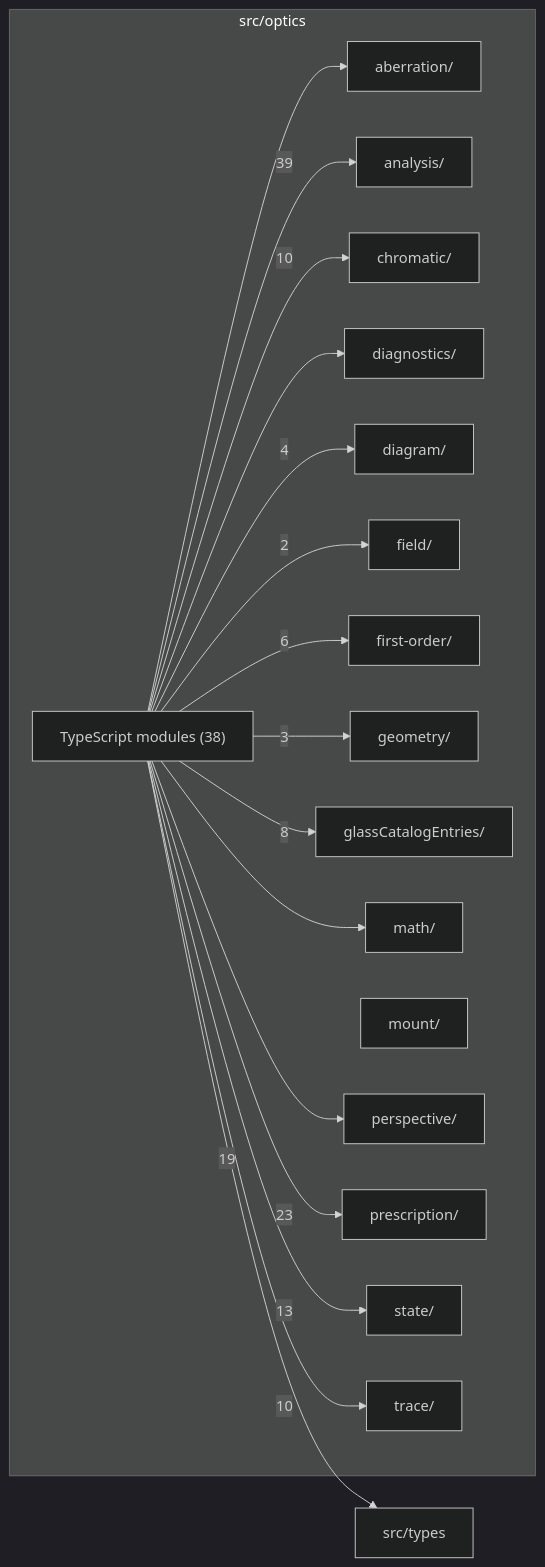
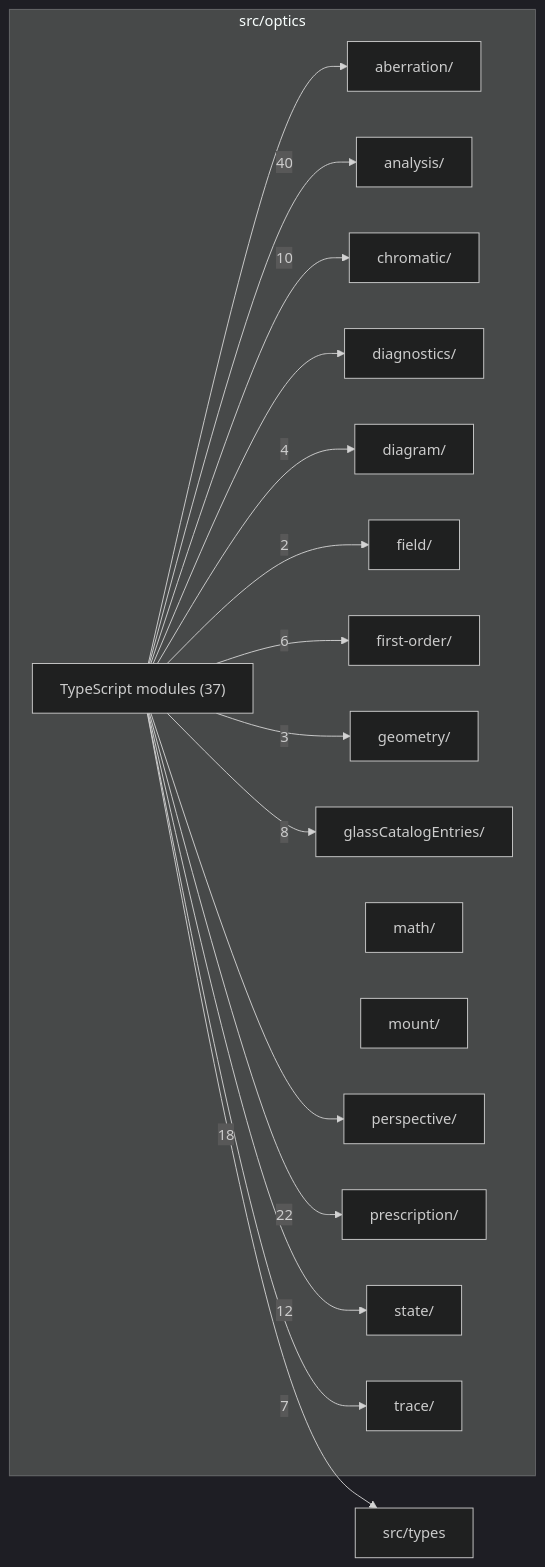
The diagram in src/optics/readme.md (ronbuening/LensVisualizer), drawn with Mermaid (dark theme) before and after one commit. The commit also changed other lines of this file and 32 other files, not shown here.

````diff
--- a/src/optics/readme.md
+++ b/src/optics/readme.md
@@ -9,37 +9,36 @@
 ```mermaid
 flowchart LR
   subgraph n_src_optics["src/optics"]
     n_src_optics_src_optics_aberration["aberration/"]
     n_src_optics_src_optics_analysis["analysis/"]
     n_src_optics_src_optics_chromatic["chromatic/"]
     n_src_optics_src_optics_diagnostics["diagnostics/"]
     n_src_optics_src_optics_diagram["diagram/"]
     n_src_optics_src_optics_field["field/"]
     n_src_optics_src_optics_first_order["first-order/"]
     n_src_optics_src_optics_geometry["geometry/"]
     n_src_optics_src_optics_glassCatalogEntries["glassCatalogEntries/"]
     n_src_optics_src_optics_math["math/"]
     n_src_optics_src_optics_mount["mount/"]
     n_src_optics_src_optics_perspective["perspective/"]
     n_src_optics_src_optics_prescription["prescription/"]
     n_src_optics_src_optics_state["state/"]
     n_src_optics_src_optics_trace["trace/"]
-    n_src_optics_TypeScript_modules["TypeScript modules (38)"]
+    n_src_optics_TypeScript_modules["TypeScript modules (37)"]
   end
   n_external_src_types["src/types"]
-  n_src_optics_TypeScript_modules --> |39| n_src_optics_src_optics_analysis
-  n_src_optics_TypeScript_modules --> |23| n_src_optics_src_optics_prescription
-  n_src_optics_TypeScript_modules --> |19| n_external_src_types
-  n_src_optics_TypeScript_modules --> |13| n_src_optics_src_optics_state
+  n_src_optics_TypeScript_modules --> |40| n_src_optics_src_optics_analysis
+  n_src_optics_TypeScript_modules --> |22| n_src_optics_src_optics_prescription
+  n_src_optics_TypeScript_modules --> |18| n_external_src_types
+  n_src_optics_TypeScript_modules --> |12| n_src_optics_src_optics_state
   n_src_optics_TypeScript_modules --> |10| n_src_optics_src_optics_chromatic
-  n_src_optics_TypeScript_modules --> |10| n_src_optics_src_optics_trace
   n_src_optics_TypeScript_modules --> |8| n_src_optics_src_optics_glassCatalogEntries
+  n_src_optics_TypeScript_modules --> |7| n_src_optics_src_optics_trace
   n_src_optics_TypeScript_modules --> |6| n_src_optics_src_optics_first_order
   n_src_optics_TypeScript_modules --> |4| n_src_optics_src_optics_diagram
   n_src_optics_TypeScript_modules --> |3| n_src_optics_src_optics_geometry
   n_src_optics_TypeScript_modules --> |2| n_src_optics_src_optics_field
   n_src_optics_TypeScript_modules --> n_src_optics_src_optics_aberration
   n_src_optics_TypeScript_modules --> n_src_optics_src_optics_diagnostics
-  n_src_optics_TypeScript_modules --> n_src_optics_src_optics_math
   n_src_optics_TypeScript_modules --> n_src_optics_src_optics_perspective
 ```
````
